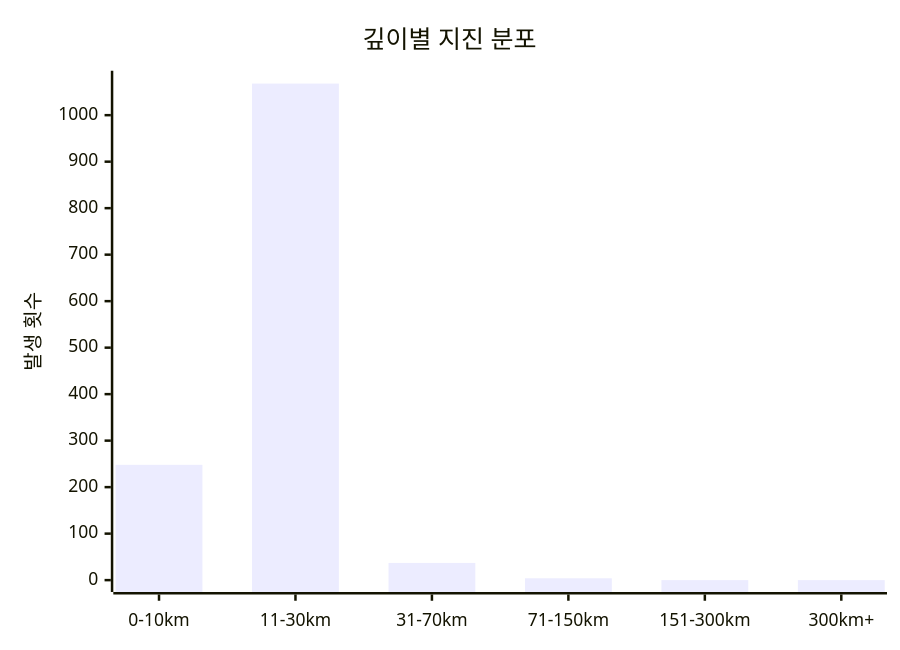
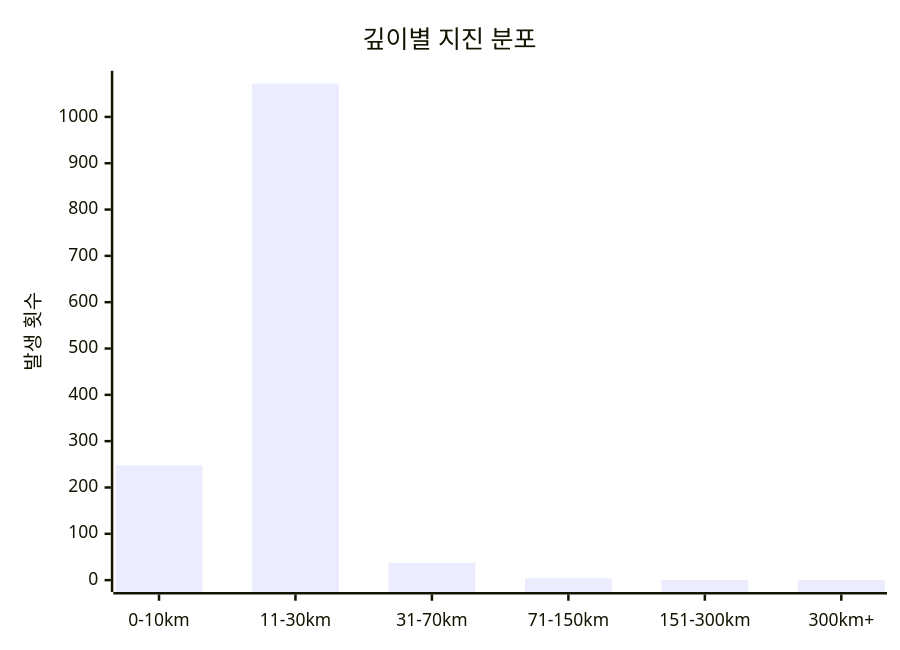
The diagram in charts/depth-chart.md (serendip811/japan-eq), drawn with Mermaid before and after one commit. The commit also changed other lines of this file and 5 other files, not shown here.

Commit message:
Update earthquake data and charts Sat Jul  5 14:03:54 UTC 2025

````diff
--- a/charts/depth-chart.md
+++ b/charts/depth-chart.md
@@ -3,7 +3,7 @@
 ```mermaid
 xychart-beta
     title "깊이별 지진 분포"
     x-axis ["0-10km", "11-30km", "31-70km", "71-150km", "151-300km", "300km+"]
-    y-axis "발생 횟수" 0 --> 1070
-    bar [248, 1068, 37, 4, 0, 0]
+    y-axis "발생 횟수" 0 --> 1074
+    bar [248, 1072, 37, 4, 0, 0]
 ```
````
